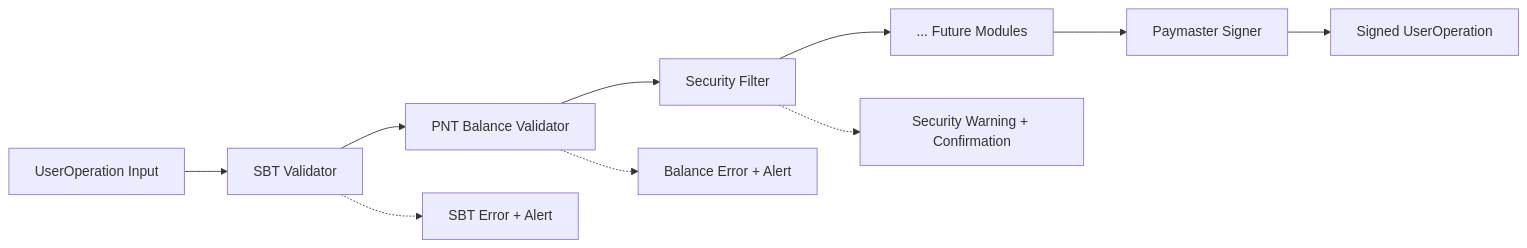
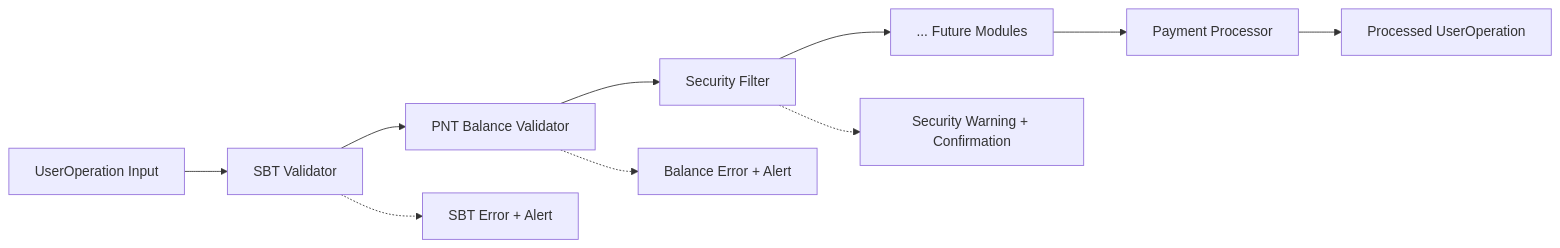
The second of 3 diagrams in docs/aNode-rust/aNodeArchitectureDesign.md (AAStarCommunity/aNode), drawn with Mermaid before and after one commit. The commit also changed other lines of this file and 1 other file, not shown here.

````diff
--- a/docs/aNode-rust/aNodeArchitectureDesign.md
+++ b/docs/aNode-rust/aNodeArchitectureDesign.md
@@ -56,13 +232,13 @@
 ```mermaid
 graph LR
     Input[UserOperation Input] --> Validator1[SBT Validator]
     Validator1 --> Validator2[PNT Balance Validator]
     Validator2 --> Validator3[Security Filter]
     Validator3 --> ValidatorN[... Future Modules]
-    ValidatorN --> Paymaster[Paymaster Signer]
-    Paymaster --> Output[Signed UserOperation]
-    
+    ValidatorN --> Payment[Payment Processor]
+    Payment --> Output[Processed UserOperation]
+
     Validator1 -.-> Error1[SBT Error + Alert]
     Validator2 -.-> Error2[Balance Error + Alert]
     Validator3 -.-> Error3[Security Warning + Confirmation]
 ```
````
